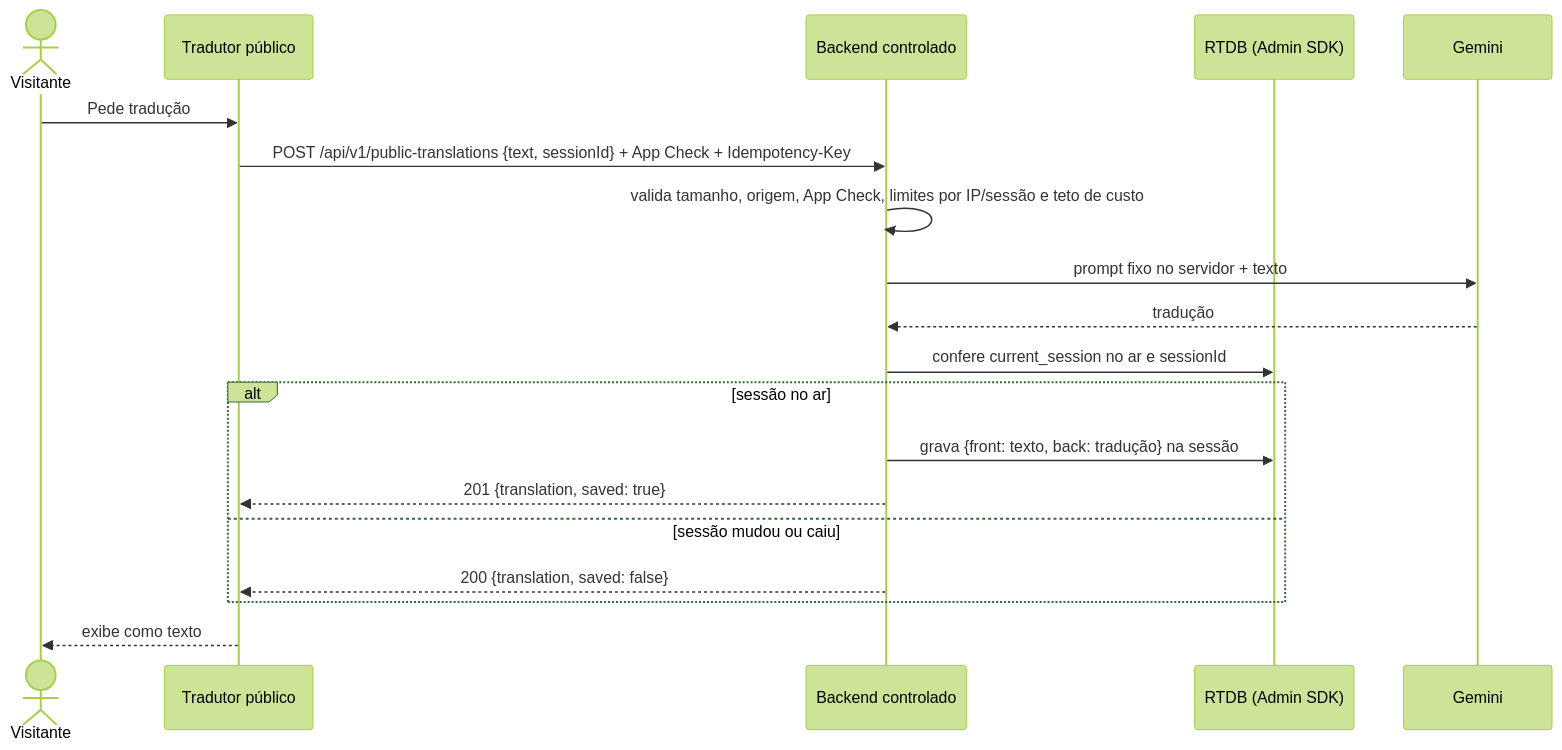
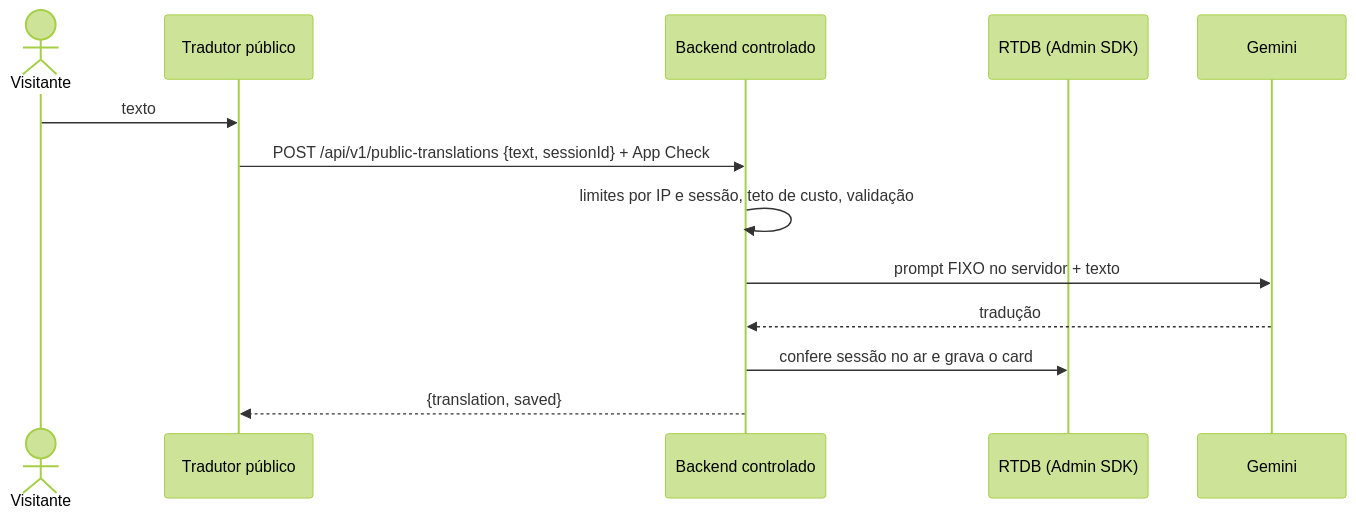
Before and after one commit to Lucas-Sperotto/fluencircle-website: the eighth of 19 diagrams in docs/diagramas/DIAGRAMAS.md, drawn with Mermaid (forest theme). The commit also changed other lines of this file, not shown here.

First line of the commit message:
docs(diagrams): 14 required views plus complements, checked against code

````diff
--- a/docs/diagramas/DIAGRAMAS.md
+++ b/docs/diagramas/DIAGRAMAS.md
@@ -154,21 +245,15 @@
 ```mermaid
 sequenceDiagram
     actor V as Visitante
     participant WEB as Tradutor público
     participant BE as Backend controlado
     participant DB as RTDB (Admin SDK)
     participant AI as Gemini
-    V->>WEB: Pede tradução
-    WEB->>BE: POST /api/v1/public-translations {text, sessionId} + App Check + Idempotency-Key
-    BE->>BE: valida tamanho, origem, App Check, limites por IP/sessão e teto de custo
-    BE->>AI: prompt fixo no servidor + texto
+    V->>WEB: texto
+    WEB->>BE: POST /api/v1/public-translations {text, sessionId} + App Check
+    BE->>BE: limites por IP e sessão, teto de custo, validação
+    BE->>AI: prompt FIXO no servidor + texto
     AI-->>BE: tradução
-    BE->>DB: confere current_session no ar e sessionId
-    alt sessão no ar
-        BE->>DB: grava {front: texto, back: tradução} na sessão
-        BE-->>WEB: 201 {translation, saved: true}
-    else sessão mudou ou caiu
-        BE-->>WEB: 200 {translation, saved: false}
-    end
-    WEB-->>V: exibe como texto
+    BE->>DB: confere sessão no ar e grava o card
+    BE-->>WEB: {translation, saved}
 ```
````
